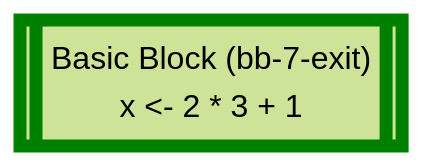
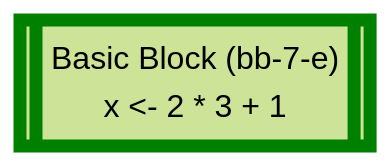
Diagram 17 of 23 in wiki/Control Flow Graph.md (flowr-analysis/flowr), drawn with Mermaid (forest theme) before and after one commit. The commit also changed other lines of this file and 9 other files, not shown here.

````diff
--- a/wiki/Control Flow Graph.md
+++ b/wiki/Control Flow Graph.md
@@ -1196,6 +1091,6 @@
 ```mermaid
 flowchart RL
-    nbb-7-exit[["`Basic Block (bb-7-exit)
+    nbb-7-e[["`Basic Block (bb-7-e)
 x #60;#45; 2 #42; 3 #43; 1`"]]
-    style nbb-7-exit stroke:cyan,stroke-width:6.5px;    style nbb-7-exit stroke:green,stroke-width:6.5px;
+    style nbb-7-e stroke:cyan,stroke-width:6.5px;    style nbb-7-e stroke:green,stroke-width:6.5px;
 ```
````
